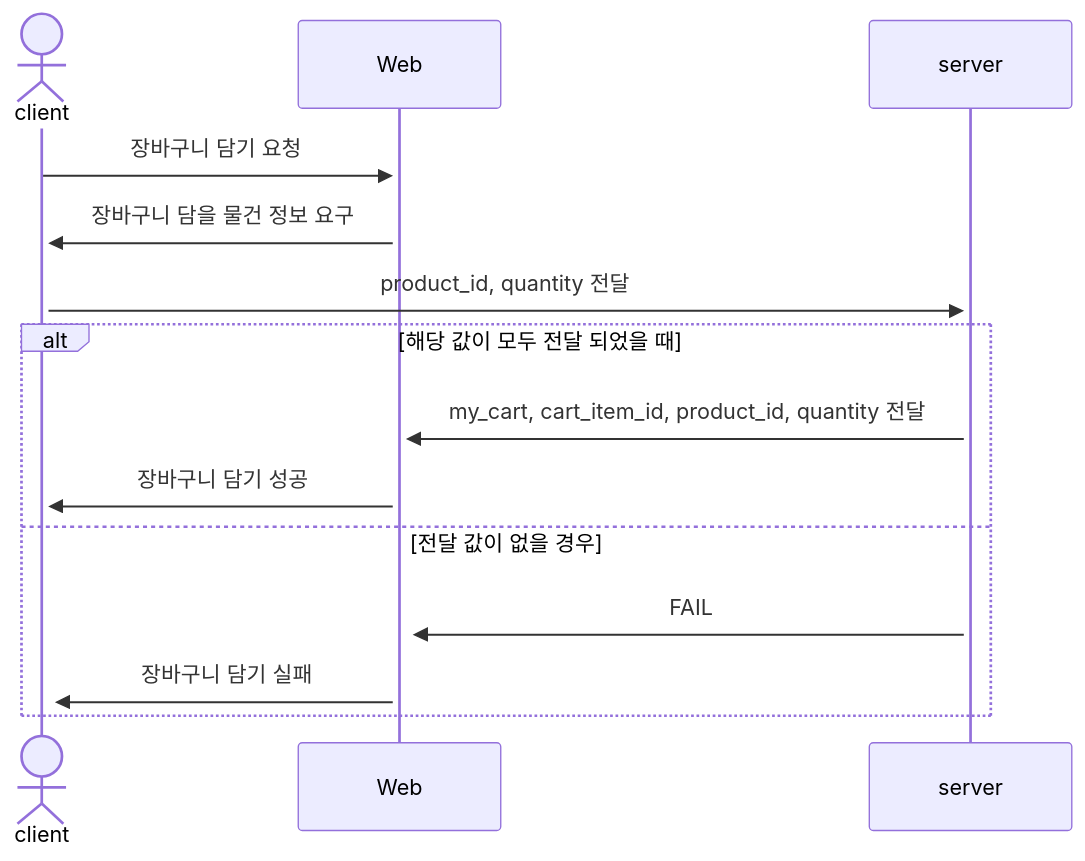
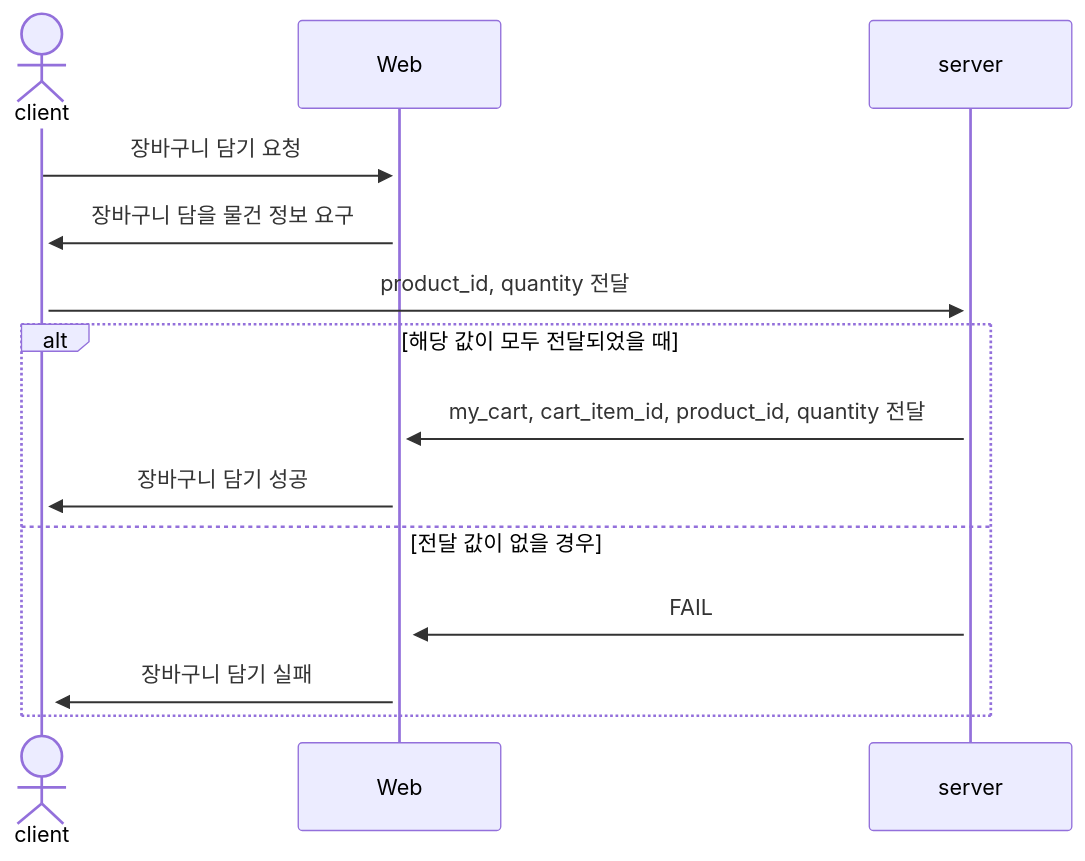
Before and after one commit to gustn1029/openMarket: the eighth of 12 diagrams in README.md, drawn with Mermaid. The commit also changed other lines of this file, not shown here.

````diff
--- a/README.md
+++ b/README.md
@@ -147,16 +169,16 @@
 ```mermaid
     sequenceDiagram
-    actor A as client
+     actor A as client
     participant B as Web
     participant C as server
     A->>+B: 장바구니 담기 요청
     B->>+A: 장바구니 담을 물건 정보 요구
     A->>+C: product_id, quantity 전달
-    alt 해당 값이 모두 전달 되었을 때
-    C->>+B: my_cart, cart_item_id, product_id, quantity 전달
-    B->>+A: 장바구니 담기 성공
+    alt 해당 값이 모두 전달되었을 때
+        C->>+B: my_cart, cart_item_id, product_id, quantity 전달
+        B->>+A: 장바구니 담기 성공
     else 전달 값이 없을 경우
-    C->>+B: FAIL
-    B->>+A: 장바구니 담기 실패
+        C->>+B: FAIL
+        B->>+A: 장바구니 담기 실패
     end
 ```
````
